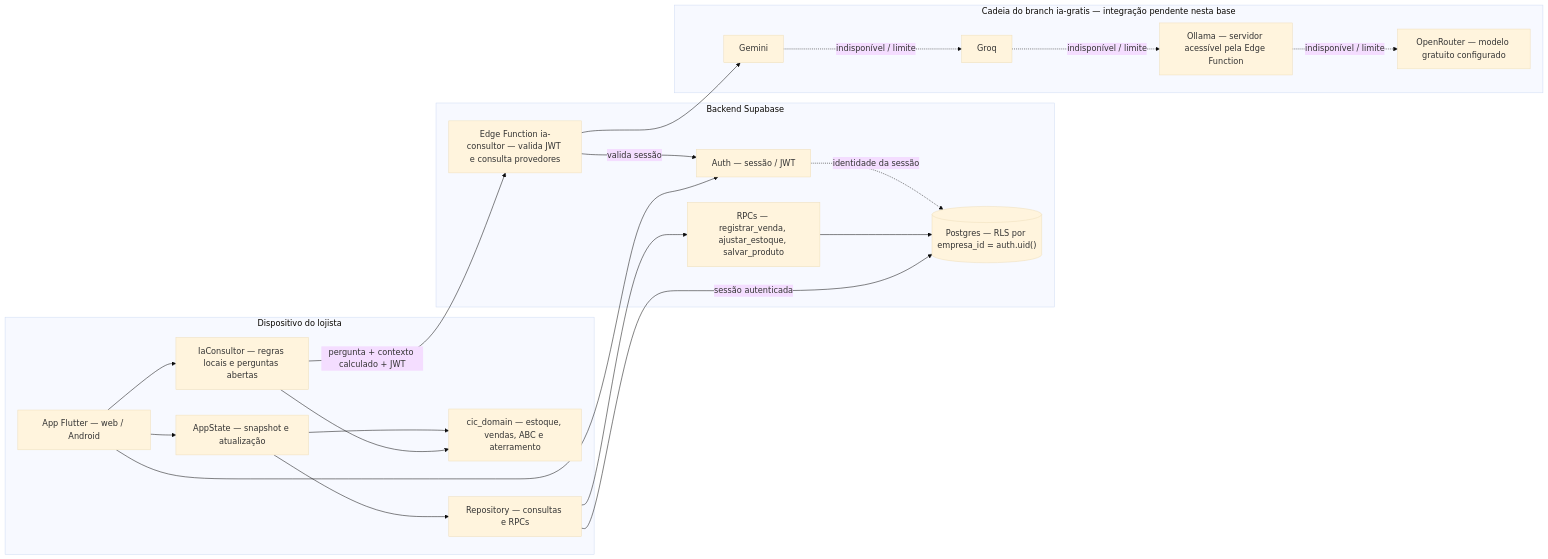
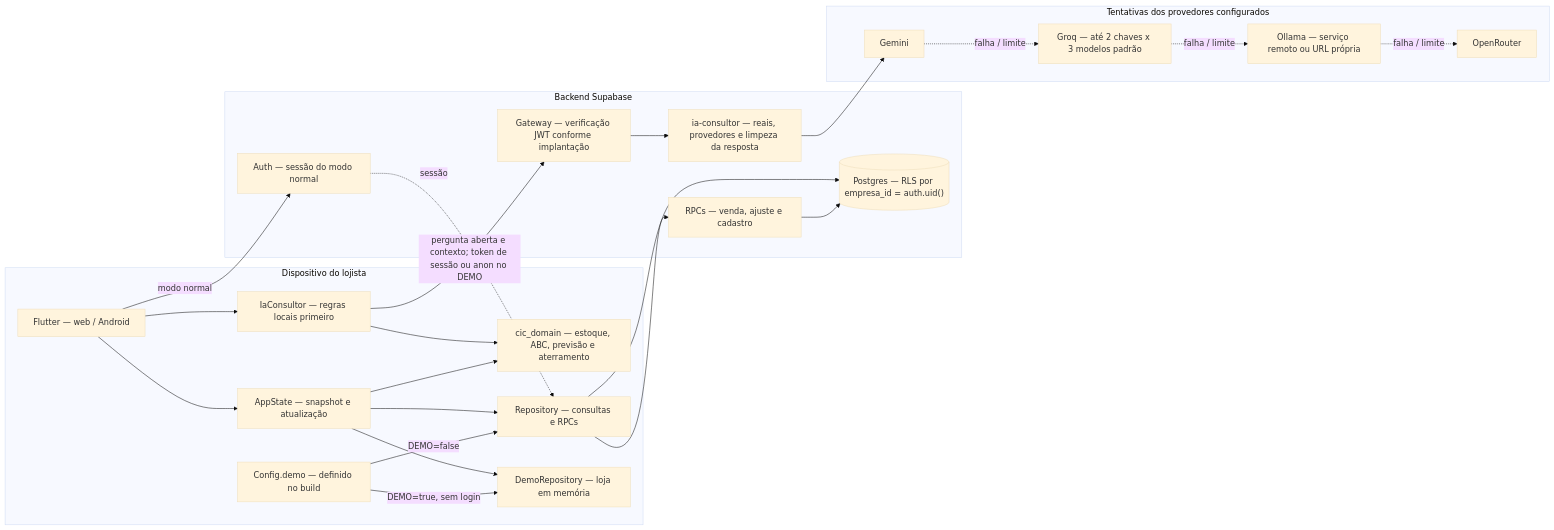
The diagram in docs/arquitetura/componentes.md (yago-silva-ads/app-cic), drawn with Mermaid (base theme) before and after one commit. The commit also changed other lines of this file and 6 other files, not shown here.

````diff
--- a/docs/arquitetura/componentes.md
+++ b/docs/arquitetura/componentes.md
@@ -5,38 +5,44 @@
 ```mermaid
 flowchart LR
     subgraph Cliente["Dispositivo do lojista"]
-        UI["App Flutter — web / Android"]
+        UI["Flutter — web / Android"]
+        Config["Config.demo — definido no build"]
         Estado["AppState — snapshot e atualização"]
-        Dominio["cic_domain — estoque, vendas, ABC e aterramento"]
+        Dominio["cic_domain — estoque, ABC, previsão e aterramento"]
         Repo["Repository — consultas e RPCs"]
-        Consultor["IaConsultor — regras locais e perguntas abertas"]
+        Demo["DemoRepository — loja em memória"]
+        Consultor["IaConsultor — regras locais primeiro"]
         UI --> Estado
+        Config -->|"DEMO=false"| Repo
+        Config -->|"DEMO=true, sem login"| Demo
+        Estado --> Repo
+        Estado --> Demo
         Estado --> Dominio
-        Estado --> Repo
         UI --> Consultor
         Consultor --> Dominio
     end
     subgraph Supabase["Backend Supabase"]
-        Auth["Auth — sessão / JWT"]
+        Auth["Auth — sessão do modo normal"]
         DB[("Postgres — RLS por empresa_id = auth.uid()")]
-        RPC["RPCs — registrar_venda, ajustar_estoque, salvar_produto"]
-        Edge["Edge Function ia-consultor — valida JWT e consulta provedores"]
-        Auth -.->|"identidade da sessão"| DB
+        RPC["RPCs — venda, ajuste e cadastro"]
+        Gateway["Gateway — verificação JWT conforme implantação"]
+        Edge["ia-consultor — reais, provedores e limpeza da resposta"]
         RPC --> DB
-        Edge -->|"valida sessão"| Auth
+        Gateway --> Edge
     end
-    UI --> Auth
-    Repo -->|"sessão autenticada"| DB
+    UI -->|"modo normal"| Auth
+    Auth -.->|"sessão"| Repo
+    Repo --> DB
     Repo --> RPC
-    Consultor -->|"pergunta + contexto calculado + JWT"| Edge
-    subgraph Provedores["Cadeia do branch ia-gratis — integração pendente nesta base"]
+    Consultor -->|"pergunta aberta e contexto; token de sessão ou anon no DEMO"| Gateway
+    subgraph Provedores["Tentativas dos provedores configurados"]
         Gemini["Gemini"]
-        Groq["Groq"]
-        Ollama["Ollama — servidor acessível pela Edge Function"]
-        OpenRouter["OpenRouter — modelo gratuito configurado"]
-        Gemini -.->|"indisponível / limite"| Groq
-        Groq -.->|"indisponível / limite"| Ollama
-        Ollama -.->|"indisponível / limite"| OpenRouter
+        Groq["Groq — até 2 chaves x 3 modelos padrão"]
+        Ollama["Ollama — serviço remoto ou URL própria"]
+        OpenRouter["OpenRouter"]
+        Gemini -.->|"falha / limite"| Groq
+        Groq -.->|"falha / limite"| Ollama
+        Ollama -.->|"falha / limite"| OpenRouter
     end
     Edge --> Gemini
 ```
````
